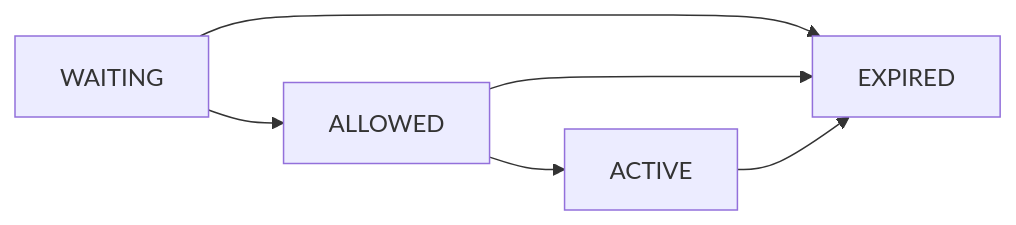
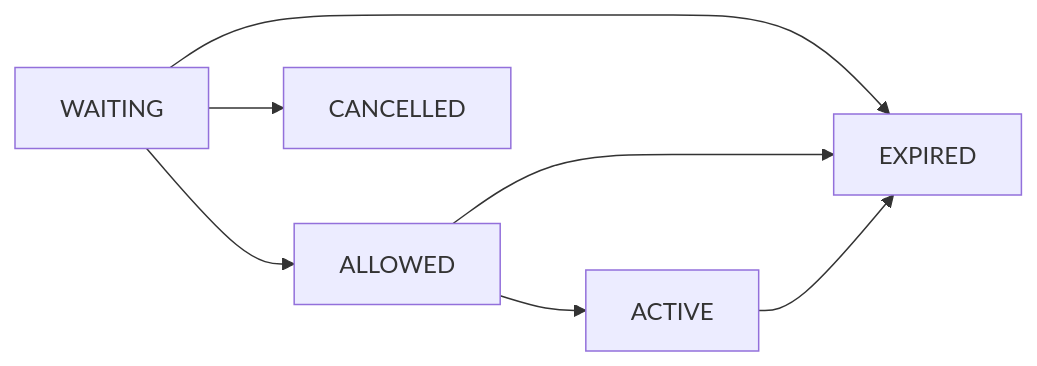
One commit to HwangChulHee/course-registration-infra changed the first of 2 diagrams in docs/queue-design.md. Above: the diagram before and after it, drawn with Mermaid. The commit also changed other lines of this file, not shown here.

````diff
--- a/docs/queue-design.md
+++ b/docs/queue-design.md
@@ -49,8 +51,9 @@
 ```mermaid
 flowchart LR
   W[WAITING] --> A[ALLOWED]
   A --> V[ACTIVE]
   W --> X[EXPIRED]
+  W --> C[CANCELLED]
   A --> X
   V --> X
 ```
````
